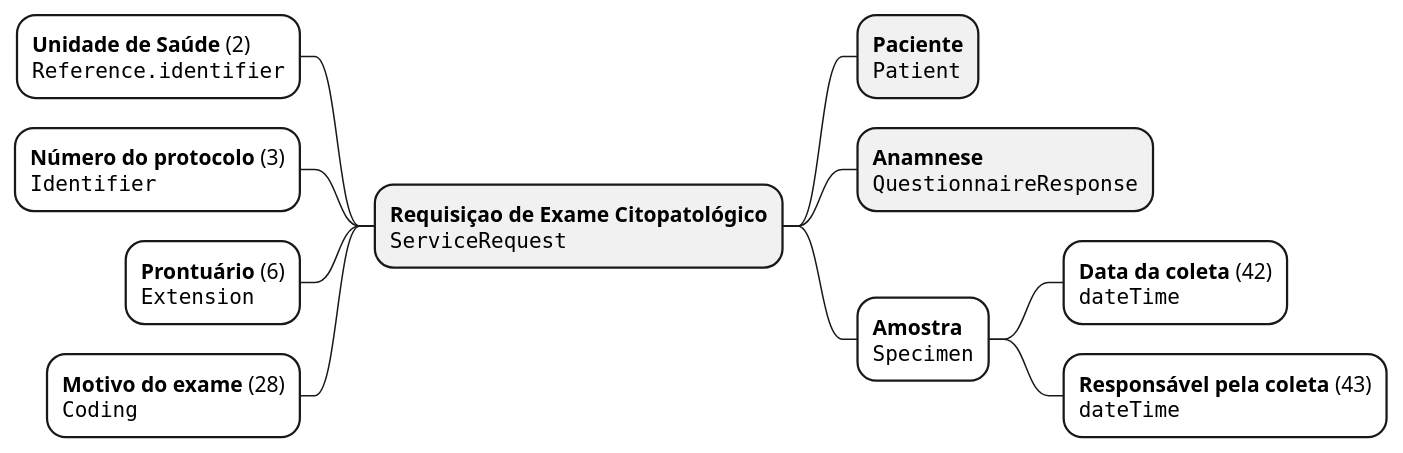
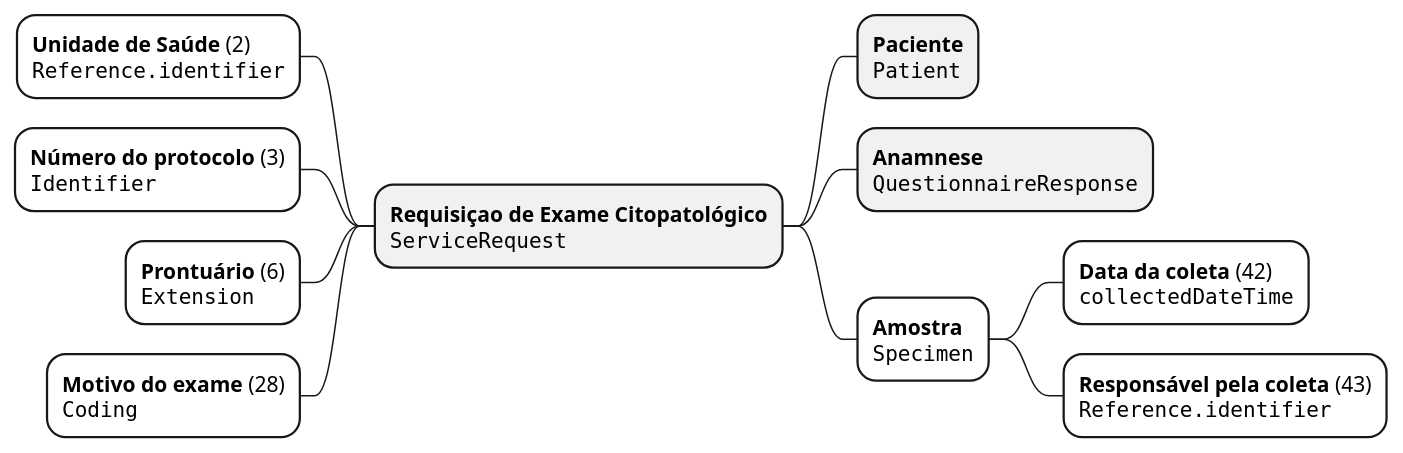
The diagram in input/images-source/requisicao.plantuml (kyriosdata/farol), drawn with PlantUML before and after one commit.

```diff
--- a/input/images-source/requisicao.plantuml
+++ b/input/images-source/requisicao.plantuml
@@ -1,14 +1,14 @@
 @startmindmap requisicao
 
 + **Requisiçao de Exame Citopatológico**\n""ServiceRequest""
 --[#White] **Unidade de Saúde** (2)\n""Reference.identifier""
 --[#White] **Número do protocolo** (3)\n""Identifier""
 --[#White] **Prontuário** (6)\n""Extension""
 --[#White] **Motivo do exame** (28)\n""Coding""
 ++ **Paciente**\n""Patient""
 ++ **Anamnese**\n""QuestionnaireResponse""
 ++[#White] **Amostra**\n""Specimen""
-+++[#White] **Data da coleta** (42)\n""dateTime""
-+++[#White] **Responsável pela coleta** (43)\n""dateTime""
++++[#White] **Data da coleta** (42)\n""collectedDateTime""
++++[#White] **Responsável pela coleta** (43)\n""Reference.identifier""
 
 @enduml
```
